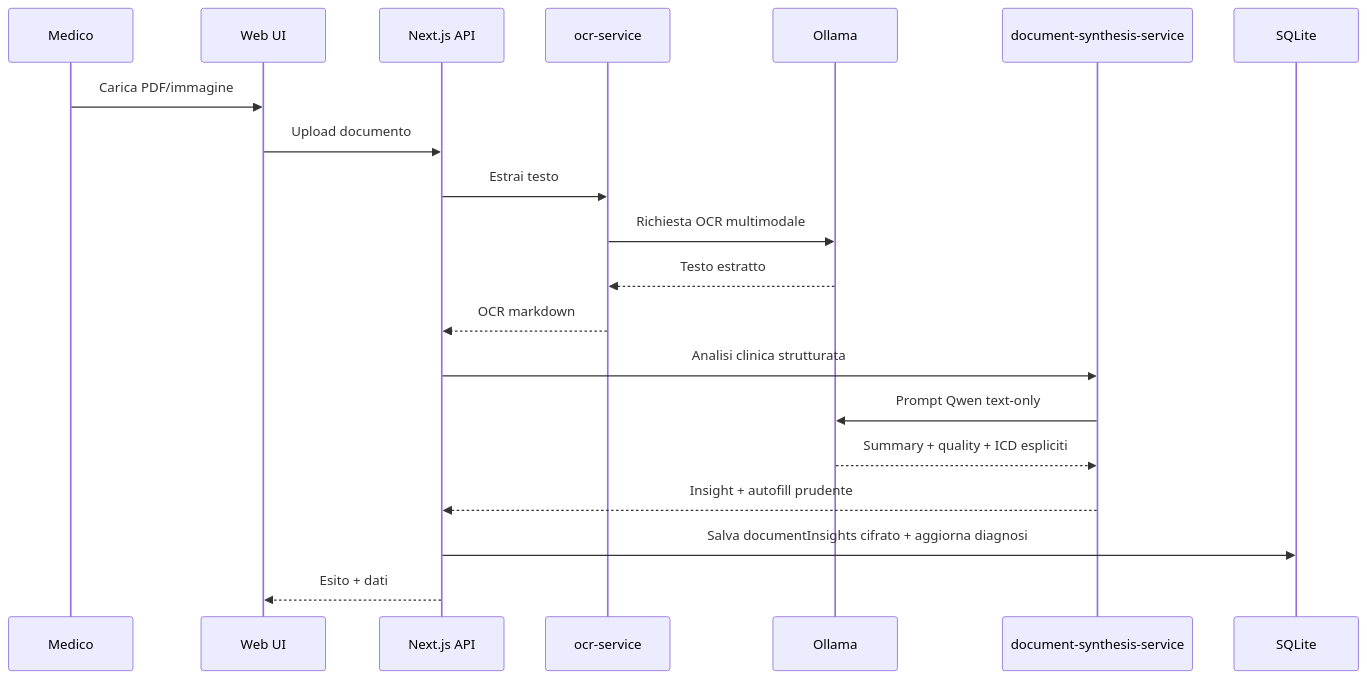
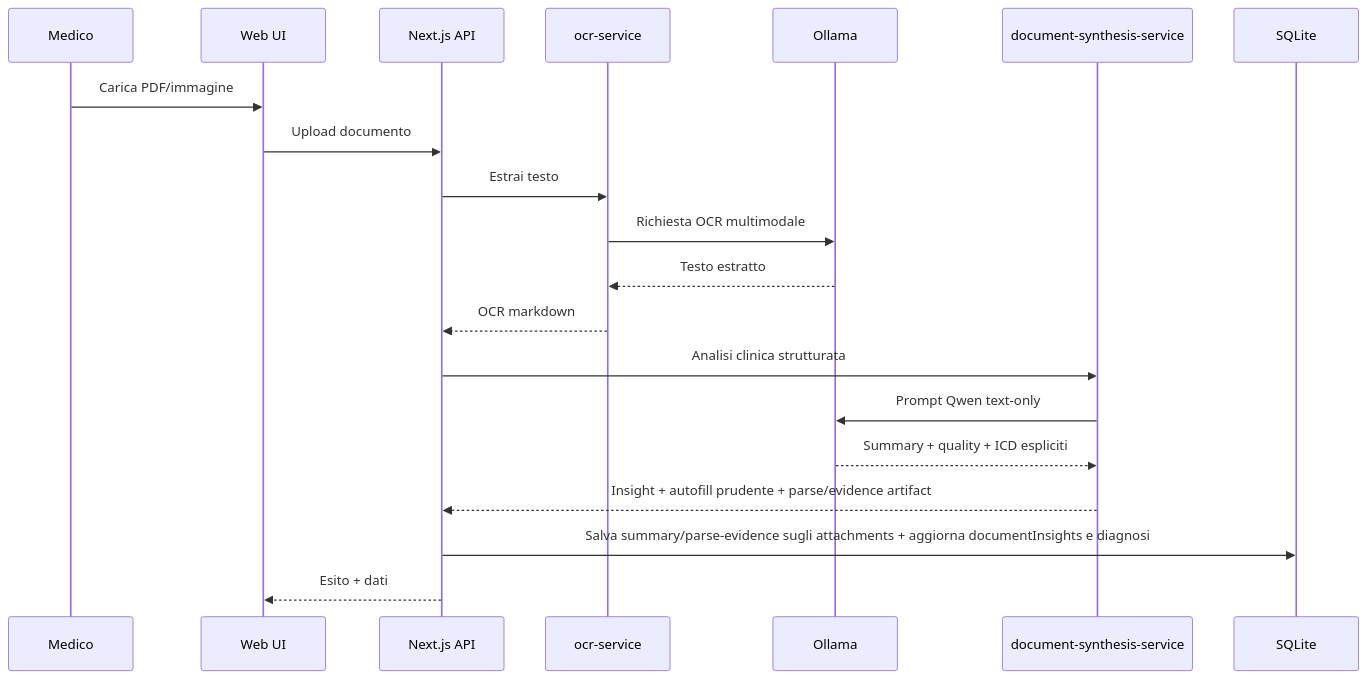
One commit to Wulfgardr/mediflow changed the seventh of 10 diagrams in docs/topologia-dati-flussi.md. Above: the diagram before and after it, drawn with Mermaid. The commit also changed other lines of this file and 12 other files, not shown here.

````diff
--- a/docs/topologia-dati-flussi.md
+++ b/docs/topologia-dati-flussi.md
@@ -249,22 +264,22 @@
 ```mermaid
 sequenceDiagram
     participant Clinician as Medico
     participant UI as Web UI
     participant API as Next.js API
     participant OCR as ocr-service
     participant LLM as Ollama
     participant Synth as document-synthesis-service
     participant DB as SQLite
     Clinician->>UI: Carica PDF/immagine
     UI->>API: Upload documento
     API->>OCR: Estrai testo
     OCR->>LLM: Richiesta OCR multimodale
     LLM-->>OCR: Testo estratto
     OCR-->>API: OCR markdown
     API->>Synth: Analisi clinica strutturata
     Synth->>LLM: Prompt Qwen text-only
     LLM-->>Synth: Summary + quality + ICD espliciti
-    Synth-->>API: Insight + autofill prudente
-    API->>DB: Salva documentInsights cifrato + aggiorna diagnosi
+    Synth-->>API: Insight + autofill prudente + parse/evidence artifact
+    API->>DB: Salva summary/parse-evidence sugli attachments + aggiorna documentInsights e diagnosi
     API-->>UI: Esito + dati
 ```
````
